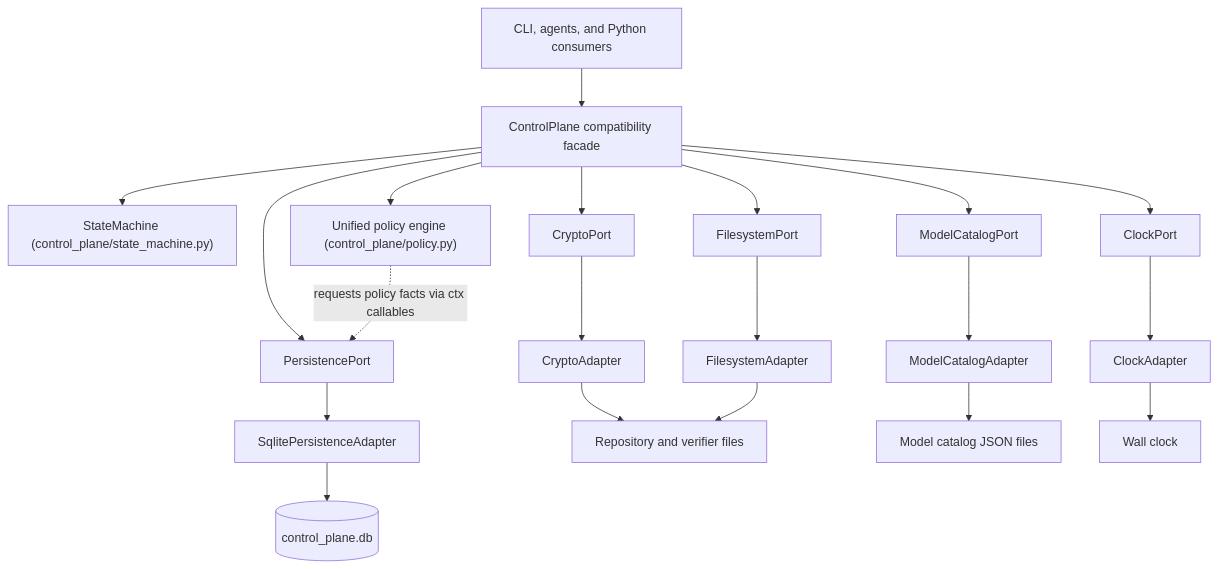
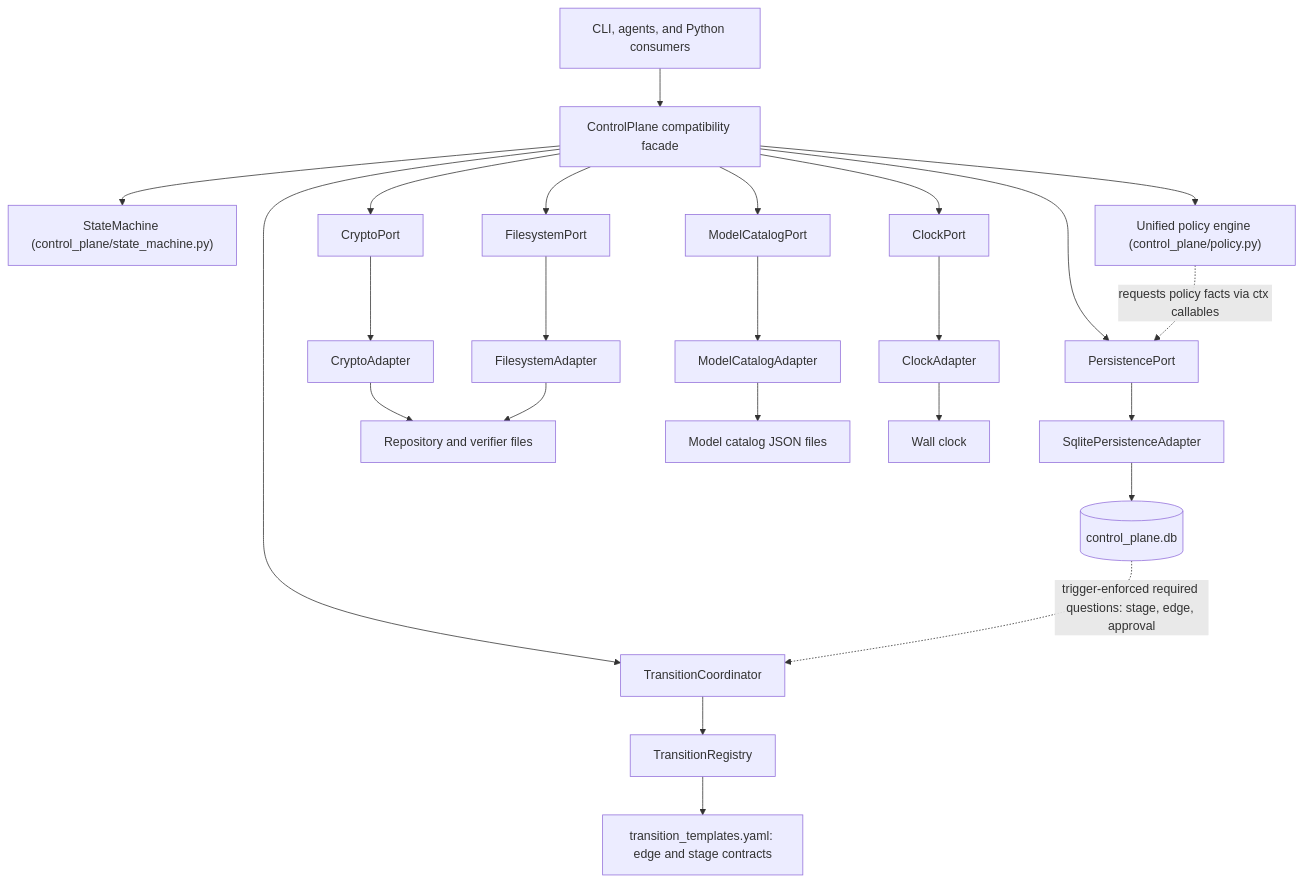
The diagram in docs/diagrams/control-plane-architecture.mermaid (richfrem/agent-plugins-skills), drawn with Mermaid before and after one commit. The commit also changed 28 other files, not shown here.

```diff
--- a/docs/diagrams/control-plane-architecture.mermaid
+++ b/docs/diagrams/control-plane-architecture.mermaid
@@ -1,47 +1,54 @@
 flowchart TB
     Callers["CLI, agents, and Python consumers"]
     Facade["ControlPlane compatibility facade"]
+    Coordinator["TransitionCoordinator"]
+    Registry["TransitionRegistry"]
+    Templates["transition_templates.yaml: edge and stage contracts"]
 
     State["StateMachine (control_plane/state_machine.py)"]
     Policy["Unified policy engine (control_plane/policy.py)"]
 
     PersistencePort["PersistencePort"]
     CryptoPort["CryptoPort"]
     FilesystemPort["FilesystemPort"]
     ModelPort["ModelCatalogPort"]
     ClockPort["ClockPort"]
 
     SQLiteAdapter["SqlitePersistenceAdapter"]
     CryptoAdapter["CryptoAdapter"]
     FilesystemAdapter["FilesystemAdapter"]
     ModelAdapter["ModelCatalogAdapter"]
     ClockAdapter["ClockAdapter"]
 
     DB[(control_plane.db)]
     RepoFiles["Repository and verifier files"]
     CatalogFiles["Model catalog JSON files"]
     Clock["Wall clock"]
 
     Callers --> Facade
 
     Facade --> State
     Facade --> Policy
+    Facade --> Coordinator
+    Coordinator --> Registry
     Facade --> PersistencePort
     Facade --> CryptoPort
     Facade --> FilesystemPort
     Facade --> ModelPort
     Facade --> ClockPort
 
     Policy -.->|"requests policy facts via ctx callables"| PersistencePort
+    Registry --> Templates
 
     PersistencePort --> SQLiteAdapter
     CryptoPort --> CryptoAdapter
     FilesystemPort --> FilesystemAdapter
     ModelPort --> ModelAdapter
     ClockPort --> ClockAdapter
 
     SQLiteAdapter --> DB
+    DB -.->|"trigger-enforced required questions: stage, edge, approval"| Coordinator
     CryptoAdapter --> RepoFiles
     FilesystemAdapter --> RepoFiles
     ModelAdapter --> CatalogFiles
     ClockAdapter --> Clock
```
